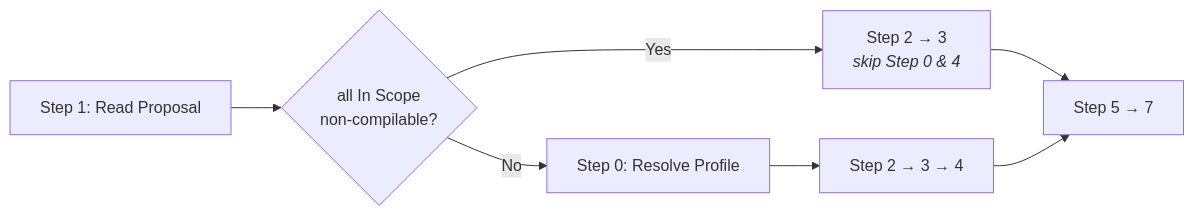
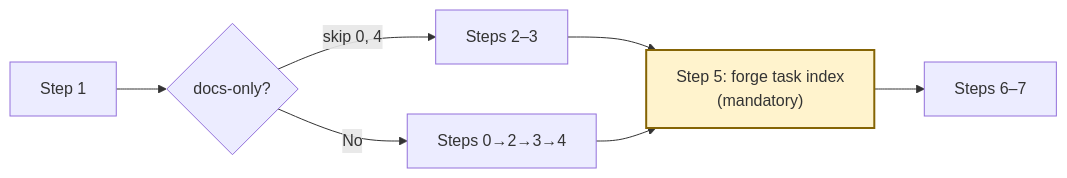
The diagram in plugins/forge/skills/quick-tasks/SKILL.md (bigfaner/forge), drawn with Mermaid before and after one commit. The commit also changed other lines of this file and 2 other files, not shown here.

Commit message:
fix(skills): clarify docs-only fast path requires forge task index
Concise docs-only fast path in quick-tasks and breakdown-tasks with
enhanced mermaid flowcharts showing Step 5 as mandatory convergence.

````diff
--- a/plugins/forge/skills/quick-tasks/SKILL.md
+++ b/plugins/forge/skills/quick-tasks/SKILL.md
@@ -29,9 +26,10 @@
 ```mermaid
 graph LR
-    S1["Step 1: Read Proposal"] --> D{"all In Scope<br>non-compilable?"}
-    D -->|Yes| S2["Step 2 → 3<br><i>skip Step 0 & 4</i>"]
-    D -->|No| S0["Step 0: Resolve Profile"]
-    S0 --> S2x["Step 2 → 3 → 4"]
-    S2 --> S5["Step 5 → 7"]
-    S2x --> S5
+    S1["Step 1"] --> D{"docs-only?"}
+    D -->|"skip 0, 4"| B["Steps 2–3"]
+    D -->|No| A["Steps 0→2→3→4"]
+    B --> S5
+    A --> S5
+    S5["Step 5: forge task index<br>(mandatory)"] --> S67["Steps 6–7"]
+    style S5 fill:#fff3cd,stroke:#856404,stroke-width:2px
 ```
````
